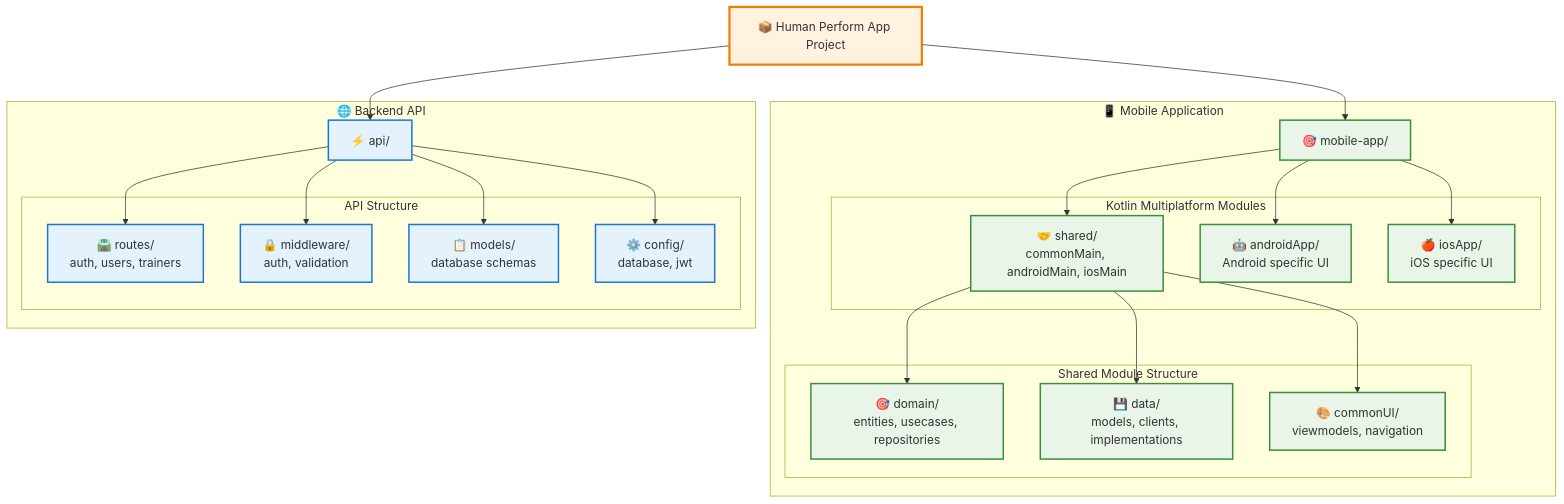
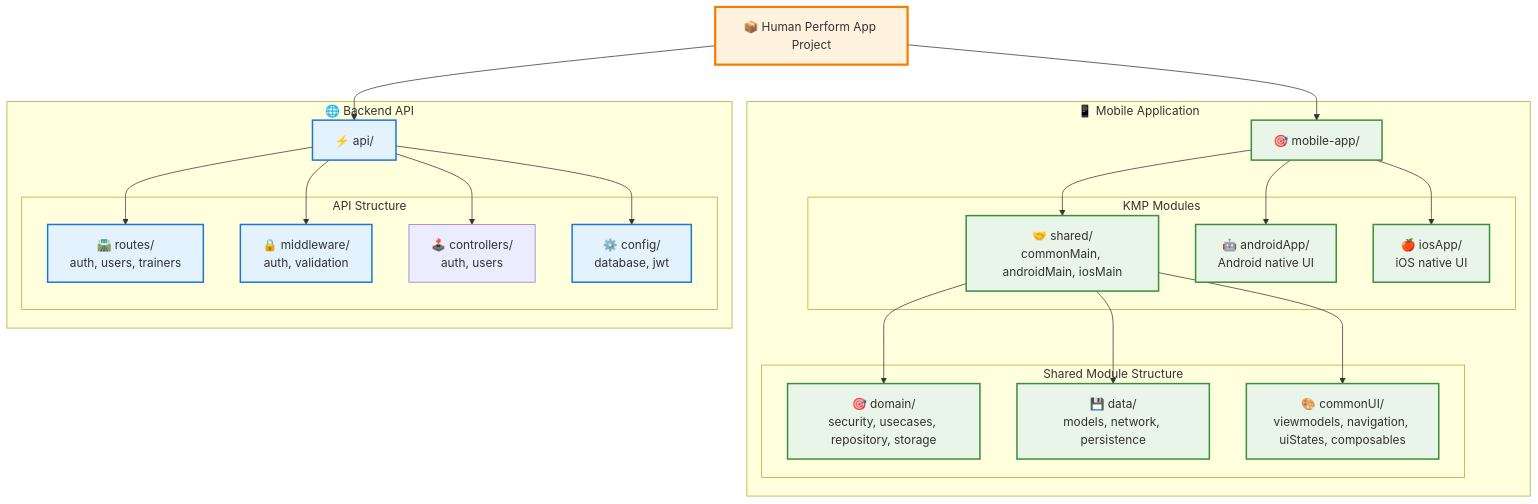
Before and after one commit to asobrados03/HumanPerformMobileApp: the fifth of 5 diagrams in README.md, drawn with Mermaid.

````diff
--- a/README.md
+++ b/README.md
@@ -243,53 +243,53 @@
 ```mermaid
 graph TD
     ROOT[📦 Human Perform App Project]
     
     subgraph "📱 Mobile Application"
         MOBILE[🎯 mobile-app/]
         
-        subgraph "Kotlin Multiplatform Modules"
+        subgraph "KMP Modules"
             SHARED[🤝 shared/<br/>commonMain, androidMain, iosMain]
-            ANDROID[🤖 androidApp/<br/>Android specific UI]
-            IOS[🍎 iosApp/<br/>iOS specific UI]
+            ANDROID[🤖 androidApp/<br/>Android native UI]
+            IOS[🍎 iosApp/<br/>iOS native UI]
         end
         
         subgraph "Shared Module Structure"
-            DOMAIN_MOD[🎯 domain/<br/>entities, usecases, repositories]
-            DATA_MOD[💾 data/<br/>models, clients, implementations]
-            COMMON_UI_MOD[🎨 commonUI/<br/>viewmodels, navigation]
+            DOMAIN_MOD[🎯 domain/<br/>security, usecases, repository, storage]
+            DATA_MOD[💾 data/<br/>models, network, persistence]
+            COMMON_UI_MOD[🎨 commonUI/<br/>viewmodels, navigation, uiStates, composables]
         end
     end
     
     subgraph "🌐 Backend API"
         API_ROOT[⚡ api/]
         
         subgraph "API Structure"
             ROUTES[🛣️ routes/<br/>auth, users, trainers]
             MIDDLEWARE[🔒 middleware/<br/>auth, validation]
-            MODELS[📋 models/<br/>database schemas]
+            CONTROLLERS[🕹️ controllers/<br/>auth, users]
             CONFIG[⚙️ config/<br/>database, jwt]
         end
     end
     
     ROOT --> MOBILE
     ROOT --> API_ROOT
     MOBILE --> SHARED
     MOBILE --> ANDROID
     MOBILE --> IOS
     SHARED --> DOMAIN_MOD
     SHARED --> DATA_MOD  
     SHARED --> COMMON_UI_MOD
     API_ROOT --> ROUTES
     API_ROOT --> MIDDLEWARE
-    API_ROOT --> MODELS
+    API_ROOT --> CONTROLLERS
     API_ROOT --> CONFIG
     
     classDef rootStyle fill:#fff3e0,stroke:#f57c00,stroke-width:3px
     classDef mobileStyle fill:#e8f5e8,stroke:#388e3c,stroke-width:2px
     classDef backendStyle fill:#e3f2fd,stroke:#1976d2,stroke-width:2px
     classDef moduleStyle fill:#fce4ec,stroke:#c2185b,stroke-width:1px
     
     class ROOT rootStyle
     class MOBILE,SHARED,ANDROID,IOS,DOMAIN_MOD,DATA_MOD,COMMON_UI_MOD mobileStyle
     class API_ROOT,ROUTES,MIDDLEWARE,MODELS,CONFIG backendStyle
 ```
````
